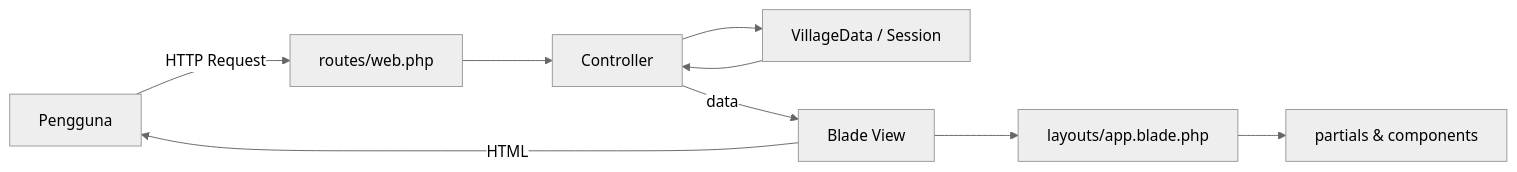
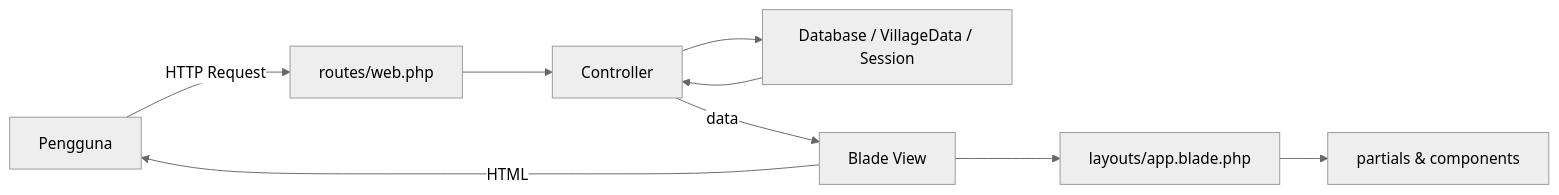
One commit to MasRfif/TheVillage_V3 changed the diagram in README.md. Above: the diagram before and after it, drawn with Mermaid (neutral theme). The commit also changed other lines of this file and 10 other files, not shown here.

First line of the commit message:
feat: add database authentication to The Village

````diff
--- a/README.md
+++ b/README.md
@@ -173,11 +173,11 @@
 ```mermaid
 flowchart LR
     U[Pengguna] -->|HTTP Request| R[routes/web.php]
     R --> C[Controller]
-    C --> D[VillageData / Session]
+    C --> D[Database / VillageData / Session]
     D --> C
     C -->|data| V[Blade View]
     V --> L[layouts/app.blade.php]
     L --> P[partials & components]
     V -->|HTML| U
 ```
````
